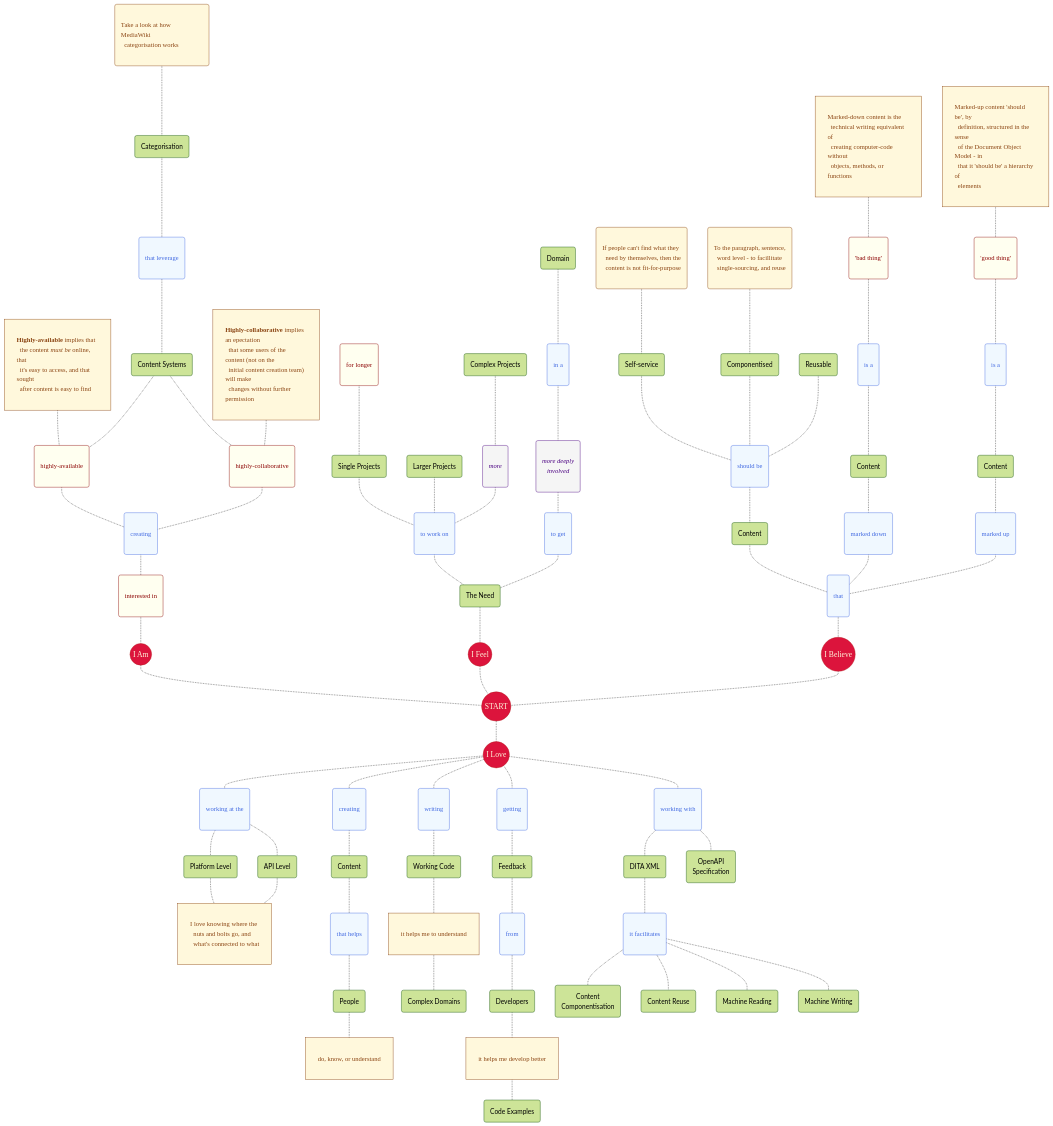
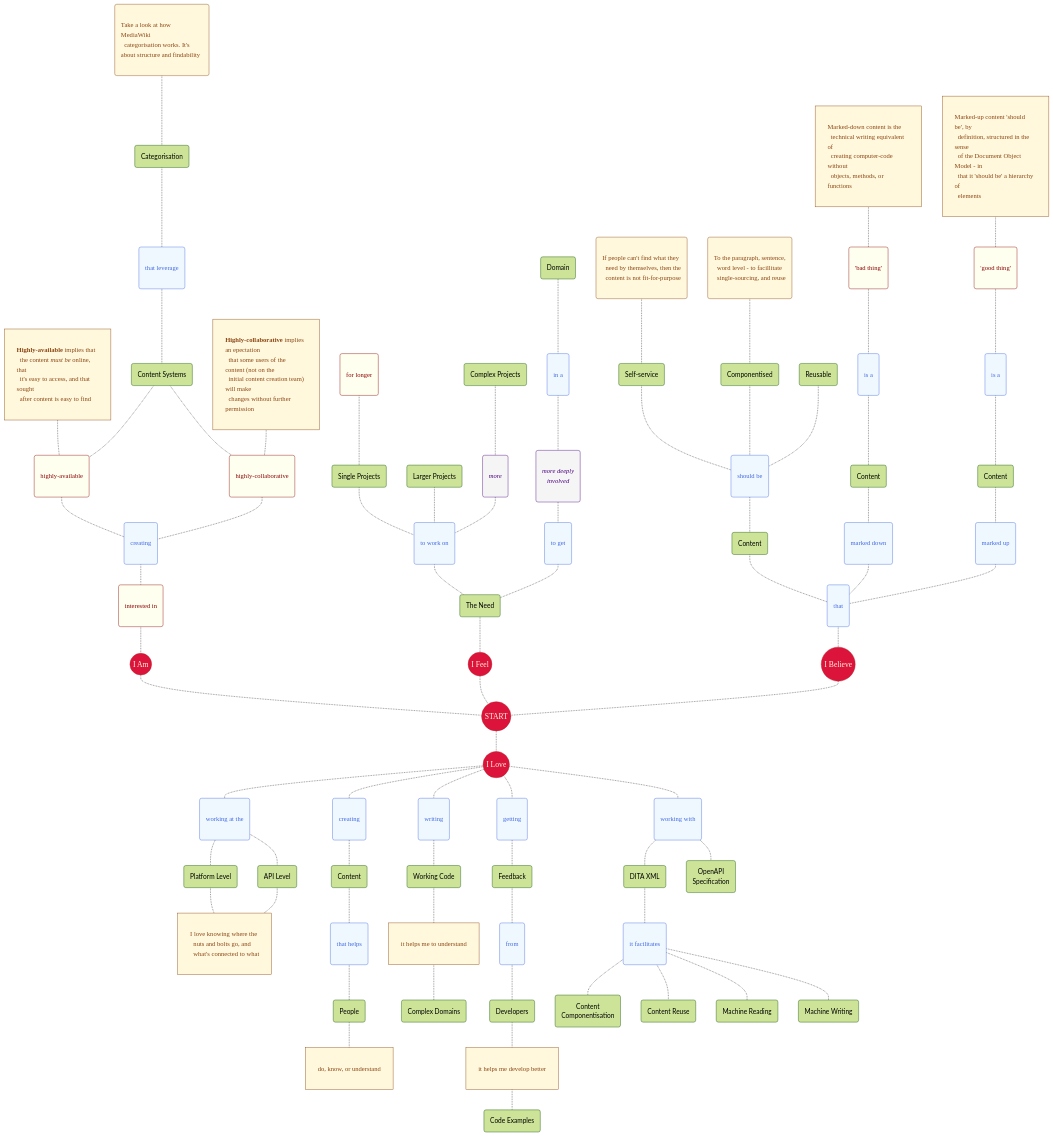
Before and after one commit to joe-dorward/samples: the diagram in my_mermaid_mindmap.md, drawn with Mermaid.

```diff
--- a/my_mermaid_mindmap.md
+++ b/my_mermaid_mindmap.md
@@ -13,7 +13,7 @@
   classDef Note fill:cornsilk, stroke:saddlebrown, color:saddlebrown, font-family:verdana, text-align:left, padding-left:9px, padding-right:9px, margin:-2px;
 
   SELF_SERVICE_NOTE("If people can't find what they<br/>&ensp;need by themselves, then the<br/>&ensp;content is not fit-for-purpose")
-  CATEGORISATION_NOTE("Take a look at how MediaWiki&ensp;<br/>&ensp;categorisation works")
+  CATEGORISATION_NOTE("Take a look at how MediaWiki&ensp;<br/>&ensp;categorisation works. It's about structure and findability")
   COMPONENTISED_NOTE("To the paragraph, sentence,<br/>&ensp;word level - to facillitate<br/>&ensp;single-sourcing, and reuse")
   PLATFORM_LEVEL_NOTE["I love knowing where the<br/>&ensp;nuts and bolts go, and<br/>&ensp;what's connected to what"]
 
```
